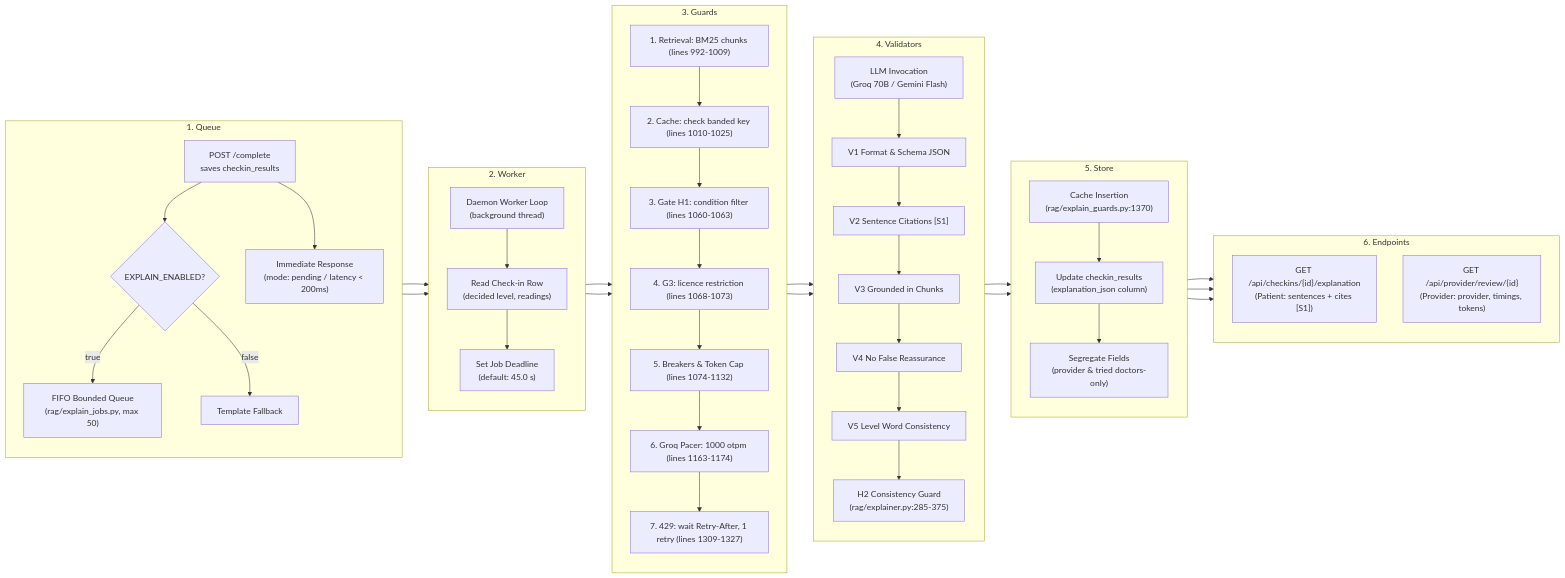
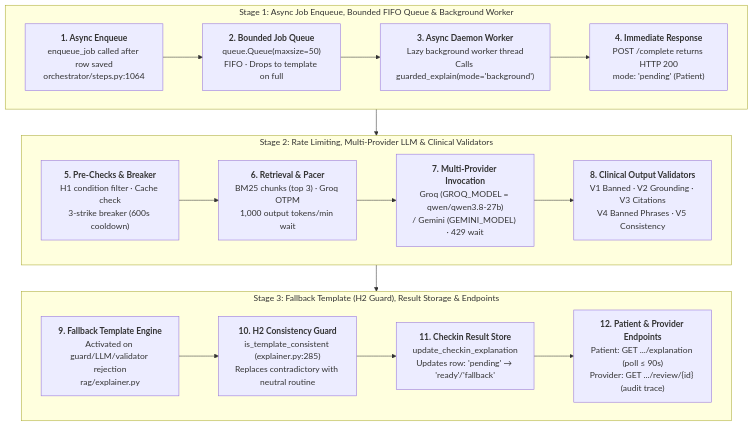
Before and after one commit to UsmanBari/ChronicCare-AI: the second of 2 diagrams in docs/ARCHITECTURE.md, drawn with Mermaid. The commit also changed other lines of this file and 9 other files, not shown here.

Commit message:
docs(architecture): address PR #117 round 3 review feedback on diagrams, enqueue citation, and traceability statuses

````diff
--- a/docs/ARCHITECTURE.md
+++ b/docs/ARCHITECTURE.md
@@ -94,54 +62,31 @@
 ```mermaid
-flowchart LR
-    subgraph P1["1. Queue"]
-        direction TB
-        Comp["POST /complete<br>saves checkin_results"] --> QCheck{"EXPLAIN_ENABLED?"}
-        QCheck -->|true| BoundedQ["FIFO Bounded Queue<br>(rag/explain_jobs.py, max 50)"]
-        QCheck -->|false| DirectTmpl["Template Fallback"]
-        Comp --> InstantResp["Immediate Response<br>(mode: pending / latency < 200ms)"]
+flowchart TB
+    subgraph Row1 ["Stage 1: Async Job Enqueue, Bounded FIFO Queue & Background Worker"]
+        direction LR
+        B1["<b>1. Async Enqueue</b><br/>enqueue_job called after row saved<br/>orchestrator/steps.py:1064"]
+        B2["<b>2. Bounded Job Queue</b><br/>queue.Queue(maxsize=50)<br/>FIFO · Drops to template on full"]
+        B3["<b>3. Async Daemon Worker</b><br/>Lazy background worker thread<br/>Calls guarded_explain(mode='background')"]
+        B4["<b>4. Immediate Response</b><br/>POST /complete returns HTTP 200<br/>mode: 'pending' (Patient)"]
+        B1 --> B2 --> B3 --> B4
     end
 
-    subgraph P2["2. Worker"]
-        direction TB
-        BoundedQ --> Thread["Daemon Worker Loop<br>(background thread)"]
-        Thread --> ReadJob["Read Check-in Row<br>(decided level, readings)"]
-        ReadJob --> Deadline["Set Job Deadline<br>(default: 45.0 s)"]
+    subgraph Row2 ["Stage 2: Rate Limiting, Multi-Provider LLM & Clinical Validators"]
+        direction LR
+        B5["<b>5. Pre-Checks & Breaker</b><br/>H1 condition filter · Cache check<br/>3-strike breaker (600s cooldown)"]
+        B6["<b>6. Retrieval & Pacer</b><br/>BM25 chunks (top 3) · Groq OTPM<br/>1,000 output tokens/min wait"]
+        B7["<b>7. Multi-Provider Invocation</b><br/>Groq (GROQ_MODEL = qwen/qwen3.8-27b)<br/>/ Gemini (GEMINI_MODEL) · 429 wait"]
+        B8["<b>8. Clinical Output Validators</b><br/>V1 Banned · V2 Grounding · V3 Citations<br/>V4 Banned Phrases · V5 Consistency"]
+        B5 --> B6 --> B7 --> B8
     end
 
-    subgraph P3["3. Guards"]
-        direction TB
-        Deadline --> G1["1. Retrieval: BM25 chunks (lines 992-1009)"]
-        G1 --> G2["2. Cache: check banded key (lines 1010-1025)"]
-        G2 --> G3["3. Gate H1: condition filter (lines 1060-1063)"]
-        G3 --> G4["4. G3: licence restriction (lines 1068-1073)"]
-        G4 --> G5["5. Breakers & Token Cap (lines 1074-1132)"]
-        G5 --> G6["6. Groq Pacer: 1000 otpm (lines 1163-1174)"]
-        G6 --> G7["7. 429: wait Retry-After, 1 retry (lines 1309-1327)"]
+    subgraph Row3 ["Stage 3: Fallback Template (H2 Guard), Result Storage & Endpoints"]
+        direction LR
+        B9["<b>9. Fallback Template Engine</b><br/>Activated on guard/LLM/validator rejection<br/>rag/explainer.py"]
+        B10["<b>10. H2 Consistency Guard</b><br/>is_template_consistent (explainer.py:285)<br/>Replaces contradictory with neutral routine"]
+        B11["<b>11. Checkin Result Store</b><br/>update_checkin_explanation<br/>Updates row: 'pending' → 'ready'/'fallback'"]
+        B12["<b>12. Patient & Provider Endpoints</b><br/>Patient: GET .../explanation (poll ≤ 90s)<br/>Provider: GET .../review/{id} (audit trace)"]
+        B9 --> B10 --> B11 --> B12
     end
 
-    subgraph P4["4. Validators"]
-        direction TB
-        G7 --> LLM["LLM Invocation<br>(Groq 70B / Gemini Flash)"]
-        LLM --> V1["V1 Format & Schema JSON"]
-        V1 --> V2["V2 Sentence Citations [S1]"]
-        V2 --> V3["V3 Grounded in Chunks"]
-        V3 --> V4["V4 No False Reassurance"]
-        V4 --> V5["V5 Level Word Consistency"]
-        V5 --> H2["H2 Consistency Guard<br>(rag/explainer.py:285-375)"]
-    end
-
-    subgraph P5["5. Store"]
-        direction TB
-        H2 --> CacheIns["Cache Insertion<br>(rag/explain_guards.py:1370)"]
-        CacheIns --> DBWrite["Update checkin_results<br>(explanation_json column)"]
-        DBWrite --> Segregation["Segregate Fields<br>(provider & tried doctors-only)"]
-    end
-
-    subgraph P6["6. Endpoints"]
-        direction TB
-        Segregation --> PatAPI["GET /api/checkins/{id}/explanation<br>(Patient: sentences + cites [S1])"]
-        Segregation --> ProvAPI["GET /api/provider/review/{id}<br>(Provider: provider, timings, tokens)"]
-    end
-
-    P1 --> P2 --> P3 --> P4 --> P5 --> P6
+    Row1 --> Row2 --> Row3
 ```
````
